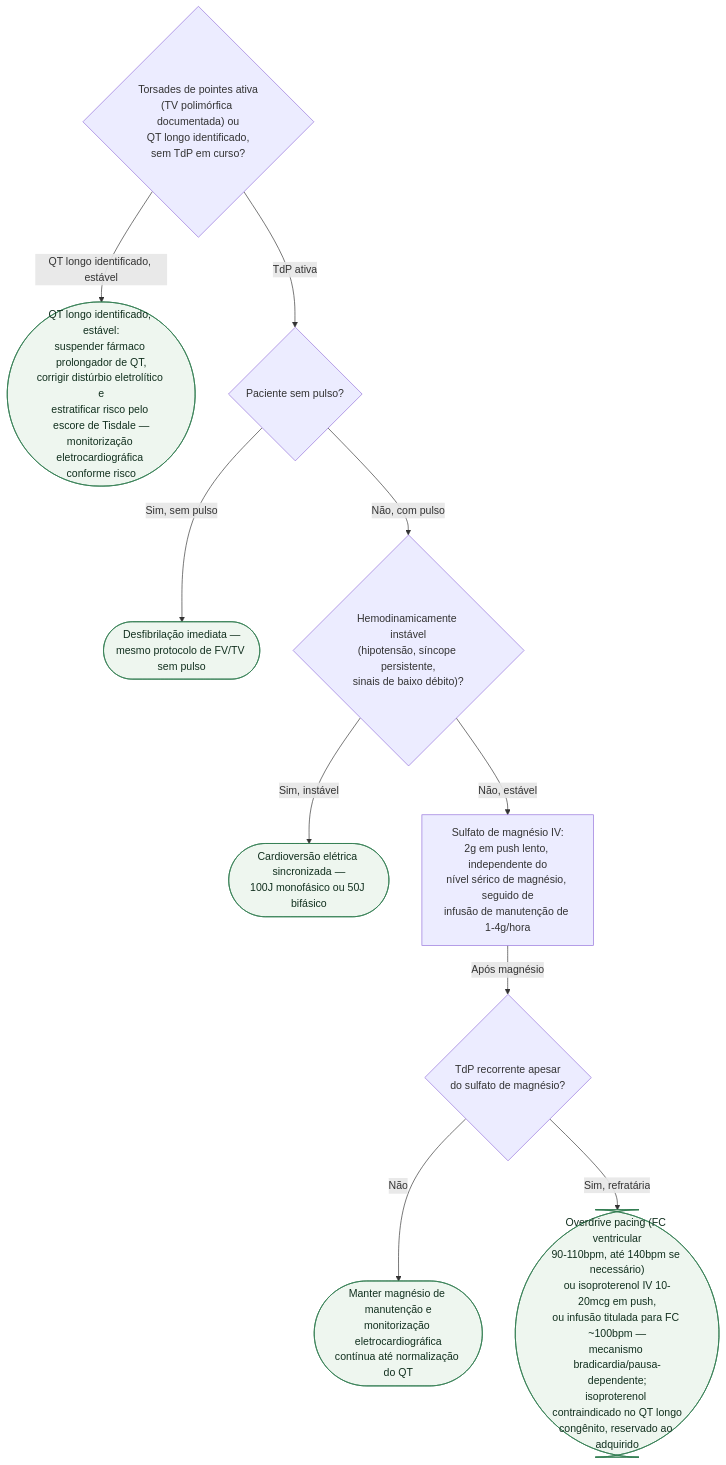
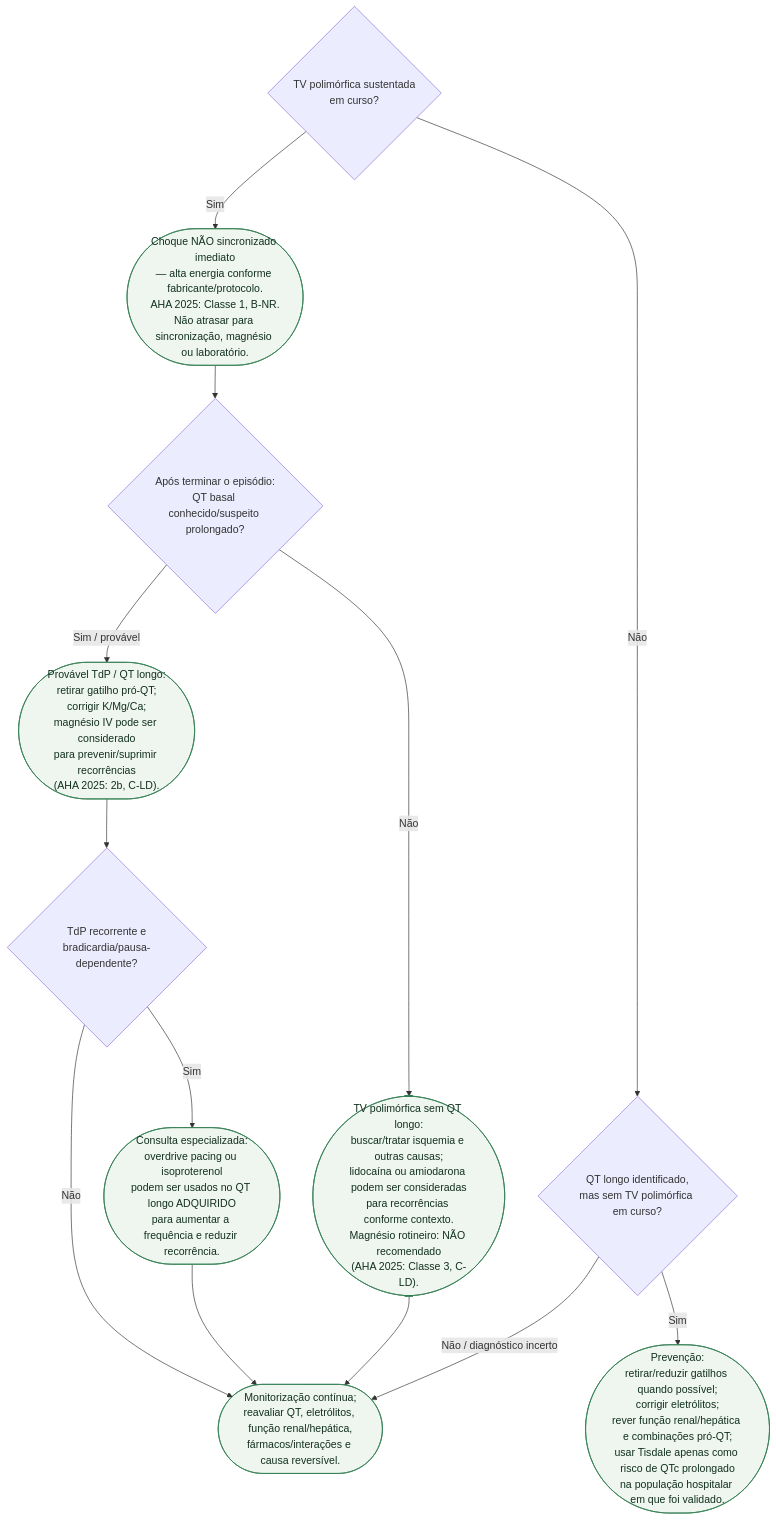
Before and after one commit to rafaelpaesmeirelles/MeuCardio: the diagram in content/Arritmias/fluxograma-torsades-de-pointes-e-qt-longo-adquirido.md, drawn with Mermaid. The commit also changed other lines of this file, not shown here.

Commit message:
fix(corpus): corrigir fluxo elétrico da TV polimórfica

````diff
--- a/content/Arritmias/fluxograma-torsades-de-pointes-e-qt-longo-adquirido.md
+++ b/content/Arritmias/fluxograma-torsades-de-pointes-e-qt-longo-adquirido.md
@@ -24,26 +20,29 @@
 ```mermaid
 flowchart TD
-  R1{"Torsades de pointes ativa<br/>(TV polimórfica documentada) ou<br/>QT longo identificado,<br/>sem TdP em curso?"}
-  C_prev(["QT longo identificado, estável:<br/>suspender fármaco prolongador de QT,<br/>corrigir distúrbio eletrolítico e<br/>estratificar risco pelo escore de Tisdale —<br/>monitorização eletrocardiográfica conforme risco"])
-  D2{"Paciente sem pulso?"}
-  C_desfib(["Desfibrilação imediata —<br/>mesmo protocolo de FV/TV sem pulso"])
-  D3{"Hemodinamicamente instável<br/>(hipotensão, síncope persistente,<br/>sinais de baixo débito)?"}
-  C_cv(["Cardioversão elétrica sincronizada —<br/>100J monofásico ou 50J bifásico"])
-  P_mg["Sulfato de magnésio IV:<br/>2g em push lento, independente do<br/>nível sérico de magnésio, seguido de<br/>infusão de manutenção de 1-4g/hora"]
-  D4{"TdP recorrente apesar<br/>do sulfato de magnésio?"}
-  C_manter(["Manter magnésio de manutenção e<br/>monitorização eletrocardiográfica<br/>contínua até normalização do QT"])
-  C_refrat(["Overdrive pacing (FC ventricular<br/>90-110bpm, até 140bpm se necessário)<br/>ou isoproterenol IV 10-20mcg em push,<br/>ou infusão titulada para FC ~100bpm —<br/>mecanismo bradicardia/pausa-dependente;<br/>isoproterenol contraindicado no QT longo<br/>congênito, reservado ao adquirido"])
+  R1{"TV polimórfica sustentada<br/>em curso?"}
+  C_shock(["Choque NÃO sincronizado imediato<br/>— alta energia conforme fabricante/protocolo.<br/>AHA 2025: Classe 1, B-NR.<br/>Não atrasar para sincronização, magnésio ou laboratório."])
+  D_qt{"Após terminar o episódio:<br/>QT basal conhecido/suspeito prolongado?"}
+  C_tdp(["Provável TdP / QT longo:<br/>retirar gatilho pró-QT;<br/>corrigir K/Mg/Ca;<br/>magnésio IV pode ser considerado<br/>para prevenir/suprimir recorrências<br/>(AHA 2025: 2b, C-LD)."])
+  C_nonqt(["TV polimórfica sem QT longo:<br/>buscar/tratar isquemia e outras causas;<br/>lidocaína ou amiodarona podem ser consideradas<br/>para recorrências conforme contexto.<br/>Magnésio rotineiro: NÃO recomendado<br/>(AHA 2025: Classe 3, C-LD)."])
+  D_recur{"TdP recorrente e<br/>bradicardia/pausa-dependente?"}
+  C_rate(["Consulta especializada:<br/>overdrive pacing ou isoproterenol<br/>podem ser usados no QT longo ADQUIRIDO<br/>para aumentar a frequência e reduzir recorrência."])
+  C_monitor(["Monitorização contínua;<br/>reavaliar QT, eletrólitos, função renal/hepática,<br/>fármacos/interações e causa reversível."])
+  R2{"QT longo identificado,<br/>mas sem TV polimórfica em curso?"}
+  C_prev(["Prevenção:<br/>retirar/reduzir gatilhos quando possível;<br/>corrigir eletrólitos;<br/>rever função renal/hepática e combinações pró-QT;<br/>usar Tisdale apenas como risco de QTc prolongado<br/>na população hospitalar em que foi validado."])
 
-  R1 -->|"QT longo identificado, estável"| C_prev
-  R1 -->|"TdP ativa"| D2
-  D2 -->|"Sim, sem pulso"| C_desfib
-  D2 -->|"Não, com pulso"| D3
-  D3 -->|"Sim, instável"| C_cv
-  D3 -->|"Não, estável"| P_mg
-  P_mg -->|"Após magnésio"| D4
-  D4 -->|"Não"| C_manter
-  D4 -->|"Sim, refratária"| C_refrat
+  R1 -->|"Sim"| C_shock
+  C_shock --> D_qt
+  D_qt -->|"Sim / provável"| C_tdp
+  D_qt -->|"Não"| C_nonqt
+  C_tdp --> D_recur
+  D_recur -->|"Sim"| C_rate
+  D_recur -->|"Não"| C_monitor
+  C_rate --> C_monitor
+  C_nonqt --> C_monitor
+  R1 -->|"Não"| R2
+  R2 -->|"Sim"| C_prev
+  R2 -->|"Não / diagnóstico incerto"| C_monitor
 
   classDef conduta fill:#eef6ef,stroke:#2f7a4f,color:#12301f;
-  class C_prev,C_desfib,C_cv,C_manter,C_refrat conduta;
+  class C_shock,C_tdp,C_nonqt,C_rate,C_monitor,C_prev conduta;
 ```
````
